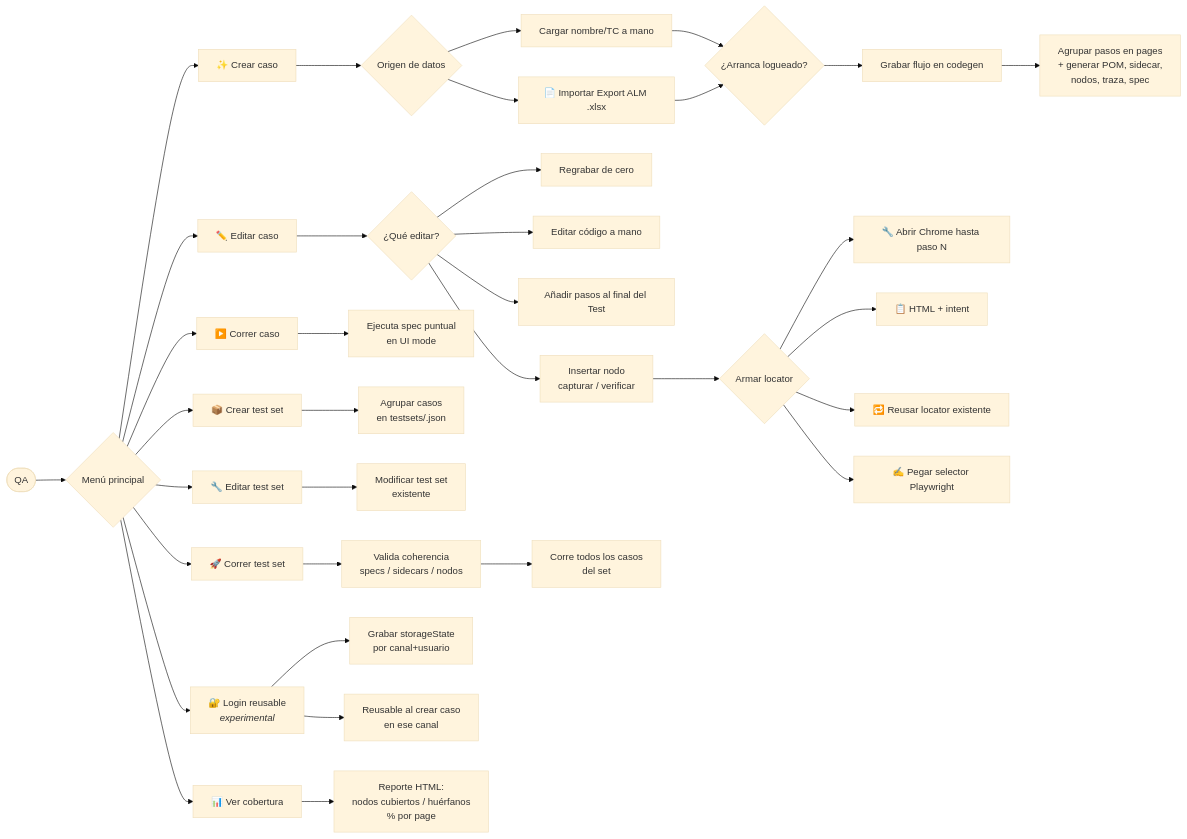
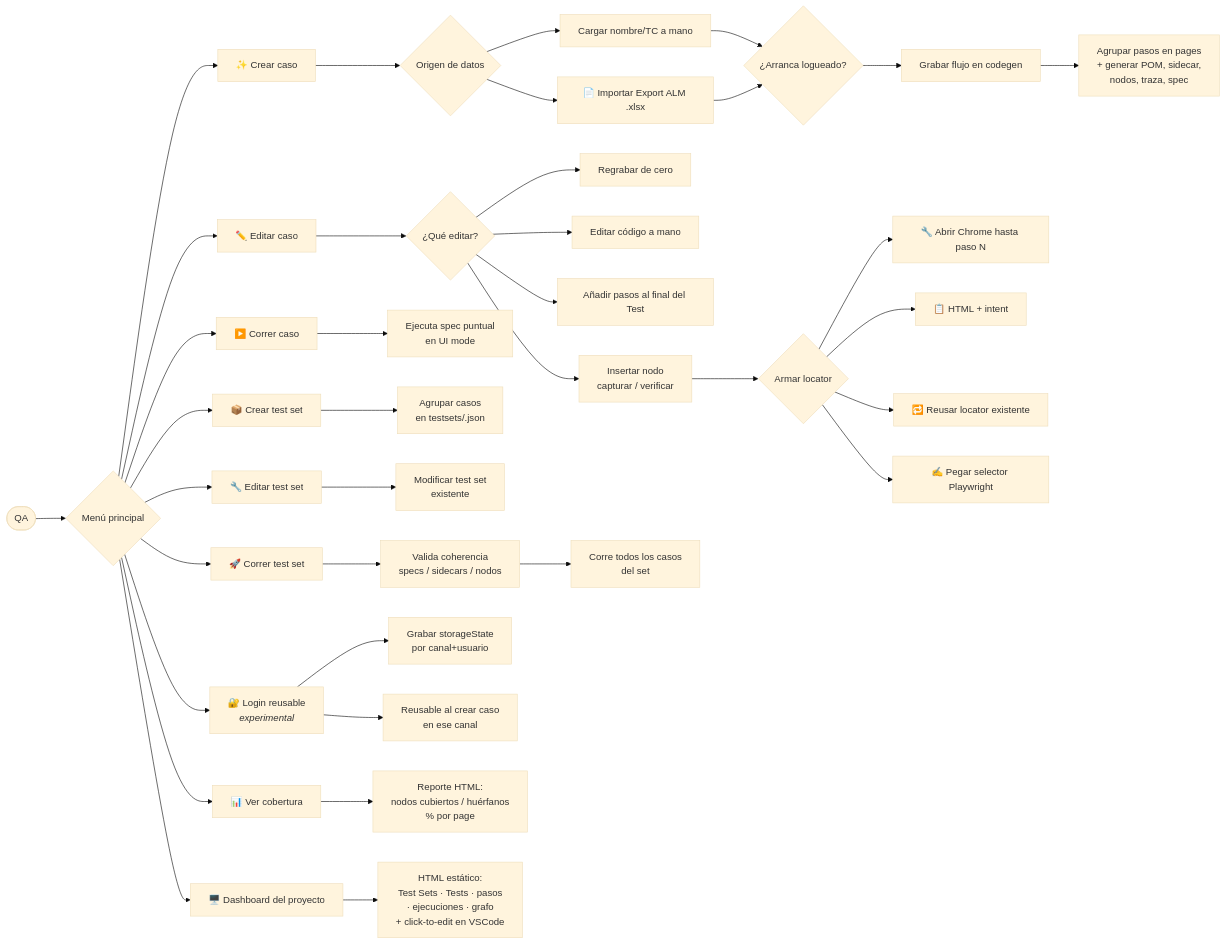
Before and after one commit to blass1/AutoFlowAgent: the second of 4 diagrams in README.md, drawn with Mermaid (base theme). The commit also changed other lines of this file and 8 other files, not shown here.

First line of the commit message:
feat(dashboard): vista HTML navegable del proyecto + historial de ejecuciones

````diff
--- a/README.md
+++ b/README.md
@@ -54,47 +54,49 @@
 ```mermaid
 flowchart LR
     QA([QA])
     Menu{Menú principal}
 
     QA --> Menu
 
     Menu --> Crear[✨ Crear caso]
     Menu --> Editar[✏️ Editar caso]
     Menu --> Correr[▶️ Correr caso]
     Menu --> CrearTS[📦 Crear test set]
     Menu --> EditarTS[🔧 Editar test set]
     Menu --> CorrerTS[🚀 Correr test set]
     Menu --> Auth[🔐 Login reusable<br/><i>experimental</i>]
     Menu --> Cob[📊 Ver cobertura]
+    Menu --> Dash[🖥️ Dashboard del proyecto]
 
     Crear --> CrearOrigen{Origen de datos}
     CrearOrigen --> CrearManual[Cargar nombre/TC a mano]
     CrearOrigen --> CrearALM[📄 Importar Export ALM .xlsx]
     CrearManual --> CrearLogin{¿Arranca logueado?}
     CrearALM --> CrearLogin
     CrearLogin --> CrearGrabar[Grabar flujo en codegen]
     CrearGrabar --> CrearPOM[Agrupar pasos en pages<br/>+ generar POM, sidecar,<br/>nodos, traza, spec]
 
     Editar --> EditarQue{¿Qué editar?}
     EditarQue --> EditRegrabar[Regrabar de cero]
     EditarQue --> EditCodigo[Editar código a mano]
     EditarQue --> EditAppend[Añadir pasos al final del Test]
     EditarQue --> EditNodo[Insertar nodo<br/>capturar / verificar]
     EditNodo --> EditNodoLoc{Armar locator}
     EditNodoLoc --> LocPause[🔧 Abrir Chrome hasta paso N]
     EditNodoLoc --> LocHTML[📋 HTML + intent]
     EditNodoLoc --> LocReusar[🔁 Reusar locator existente]
     EditNodoLoc --> LocPegar[✍️ Pegar selector Playwright]
 
     Correr --> CorrerUI[Ejecuta spec puntual<br/>en UI mode]
 
     CrearTS --> TSAgrupar[Agrupar casos<br/>en testsets/.json]
     EditarTS --> TSEditar[Modificar test set<br/>existente]
     CorrerTS --> TSValidar[Valida coherencia<br/>specs / sidecars / nodos]
     TSValidar --> TSCorrer[Corre todos los casos<br/>del set]
 
     Auth --> AuthGrabar[Grabar storageState<br/>por canal+usuario]
     Auth --> AuthReuso[Reusable al crear caso<br/>en ese canal]
 
     Cob --> CobReporte[Reporte HTML:<br/>nodos cubiertos / huérfanos<br/>% por page]
+    Dash --> DashHtml[HTML estático:<br/>Test Sets · Tests · pasos<br/>· ejecuciones · grafo<br/>+ click-to-edit en VSCode]
 ```
````
